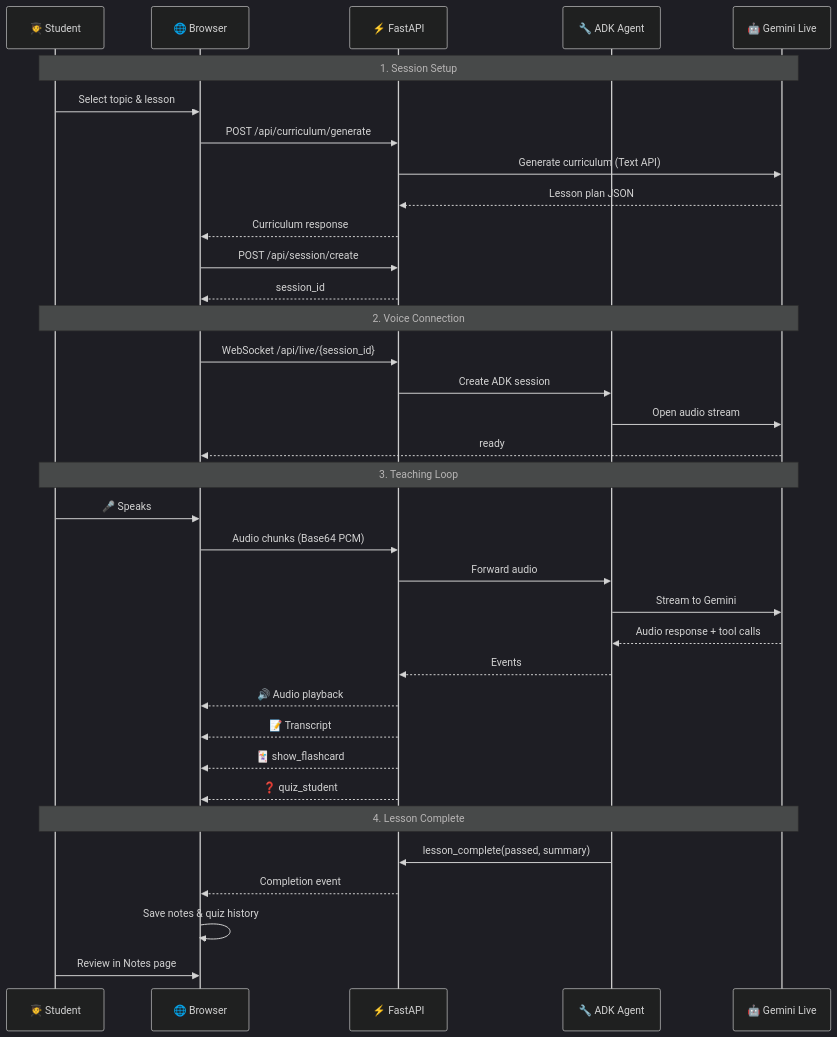
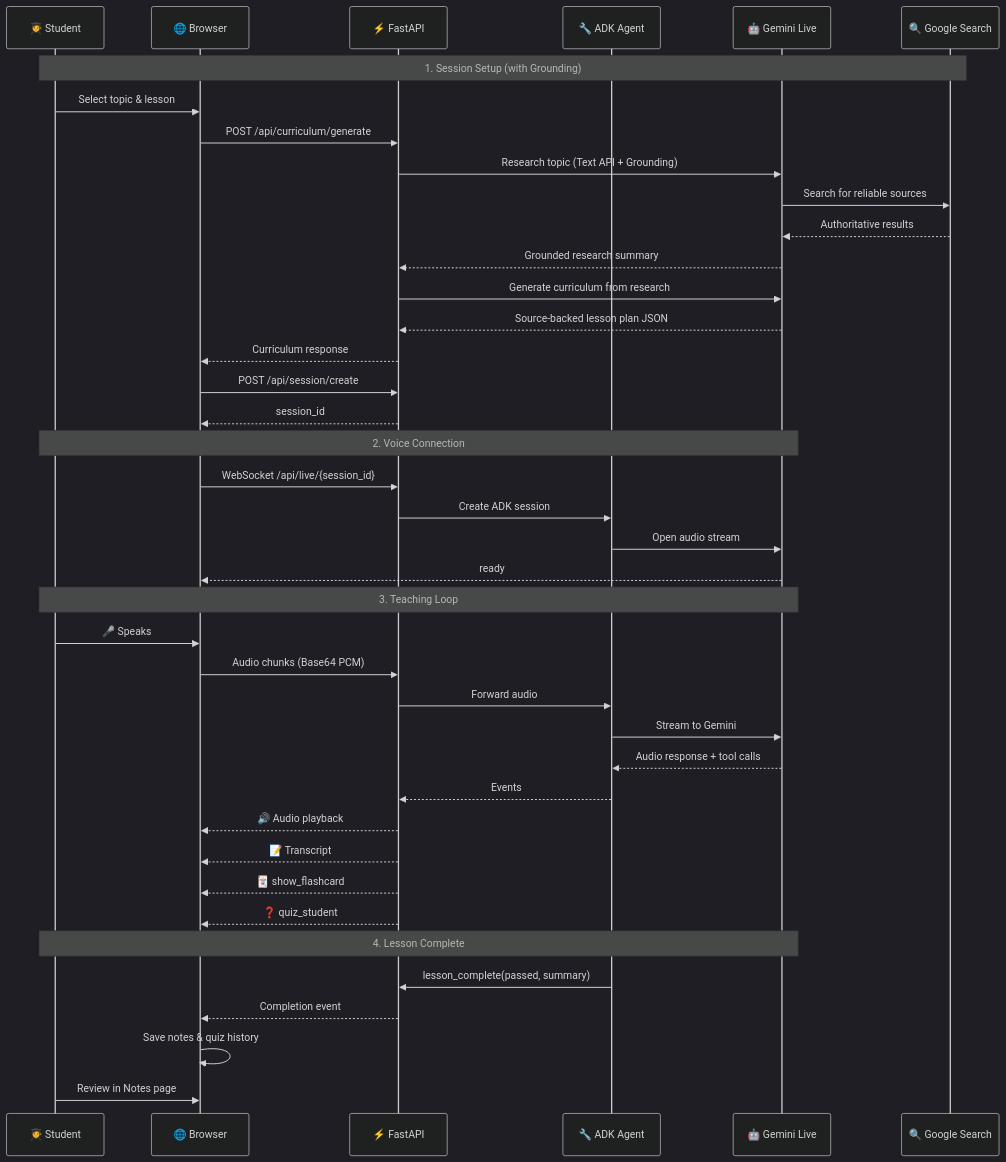
One commit to hashtagemy/tink changed the second of 4 diagrams in ARCHITECTURE.md. Above: the diagram before and after it, drawn with Mermaid (dark theme). The commit also changed other lines of this file and 1 other file, not shown here.

Commit message:
Update tagline and architecture diagram
- Change title to 'Speak. Learn. Grow.' to match homepage
- Add Google Search Grounding to architecture diagrams

````diff
--- a/ARCHITECTURE.md
+++ b/ARCHITECTURE.md
@@ -43,41 +48,47 @@
 ```mermaid
 sequenceDiagram
     participant S as 🧑‍🎓 Student
     participant B as 🌐 Browser
     participant F as ⚡ FastAPI
     participant A as 🔧 ADK Agent
     participant G as 🤖 Gemini Live
 
-    Note over S,G: 1. Session Setup
+    participant GS as 🔍 Google Search
+
+    Note over S,GS: 1. Session Setup (with Grounding)
     S->>B: Select topic & lesson
     B->>F: POST /api/curriculum/generate
-    F->>G: Generate curriculum (Text API)
-    G-->>F: Lesson plan JSON
+    F->>G: Research topic (Text API + Grounding)
+    G->>GS: Search for reliable sources
+    GS-->>G: Authoritative results
+    G-->>F: Grounded research summary
+    F->>G: Generate curriculum from research
+    G-->>F: Source-backed lesson plan JSON
     F-->>B: Curriculum response
     B->>F: POST /api/session/create
     F-->>B: session_id
 
     Note over S,G: 2. Voice Connection
     B->>F: WebSocket /api/live/{session_id}
     F->>A: Create ADK session
     A->>G: Open audio stream
     G-->>B: ready
 
     Note over S,G: 3. Teaching Loop
     S->>B: 🎤 Speaks
     B->>F: Audio chunks (Base64 PCM)
     F->>A: Forward audio
     A->>G: Stream to Gemini
     G-->>A: Audio response + tool calls
     A-->>F: Events
     F-->>B: 🔊 Audio playback
     F-->>B: 📝 Transcript
     F-->>B: 🃏 show_flashcard
     F-->>B: ❓ quiz_student
 
     Note over S,G: 4. Lesson Complete
     A->>F: lesson_complete(passed, summary)
     F-->>B: Completion event
     B->>B: Save notes & quiz history
     S->>B: Review in Notes page
 ```
````
